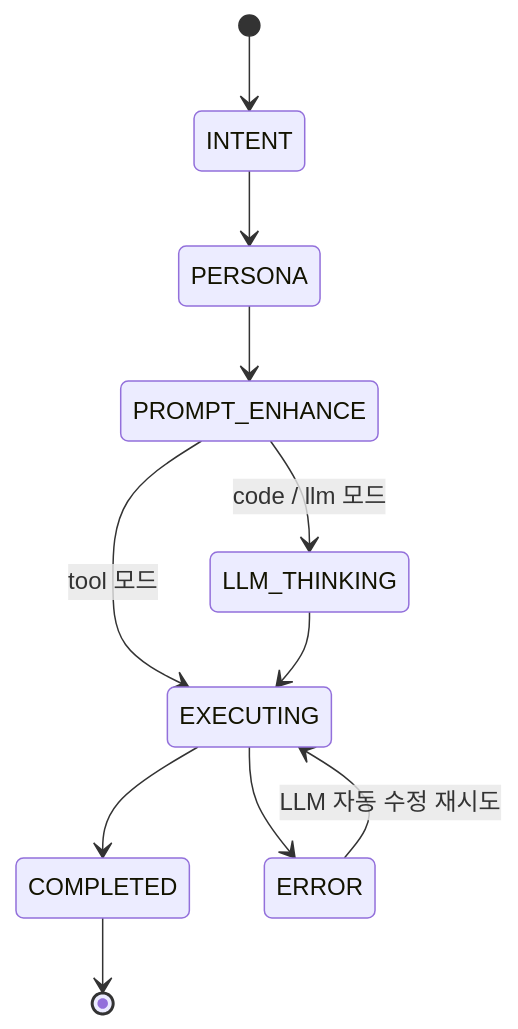
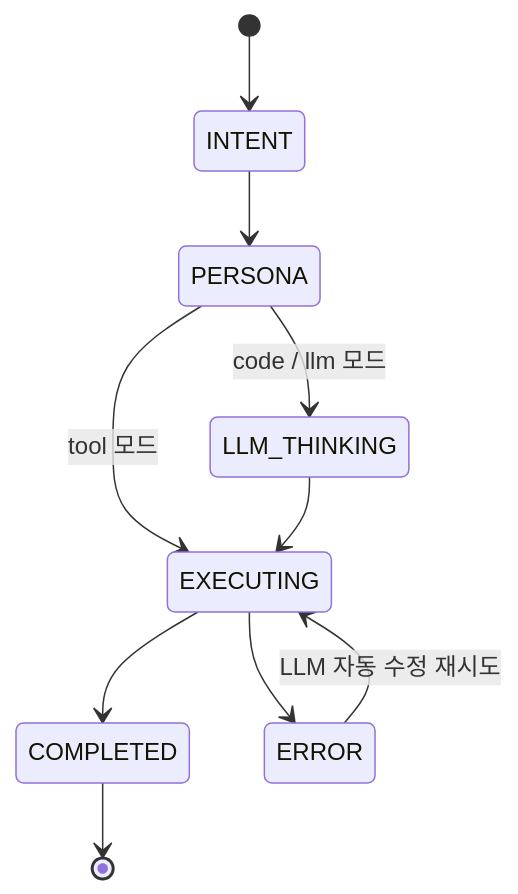
Before and after one commit to sayoon01/excel-ai-agent: the fourth of 8 diagrams in README.md, drawn with Mermaid. The commit also changed other lines of this file and 8 other files, not shown here.

````diff
--- a/README.md
+++ b/README.md
@@ -309,13 +309,12 @@
 ```mermaid
 stateDiagram-v2
     [*] --> INTENT
     INTENT --> PERSONA
-    PERSONA --> PROMPT_ENHANCE
-    PROMPT_ENHANCE --> LLM_THINKING : code / llm 모드
-    PROMPT_ENHANCE --> EXECUTING    : tool 모드
+    PERSONA --> LLM_THINKING : code / llm 모드
+    PERSONA --> EXECUTING    : tool 모드
     LLM_THINKING --> EXECUTING
     EXECUTING --> COMPLETED
     EXECUTING --> ERROR
     ERROR --> EXECUTING : LLM 자동 수정 재시도
     COMPLETED --> [*]
 ```
````
